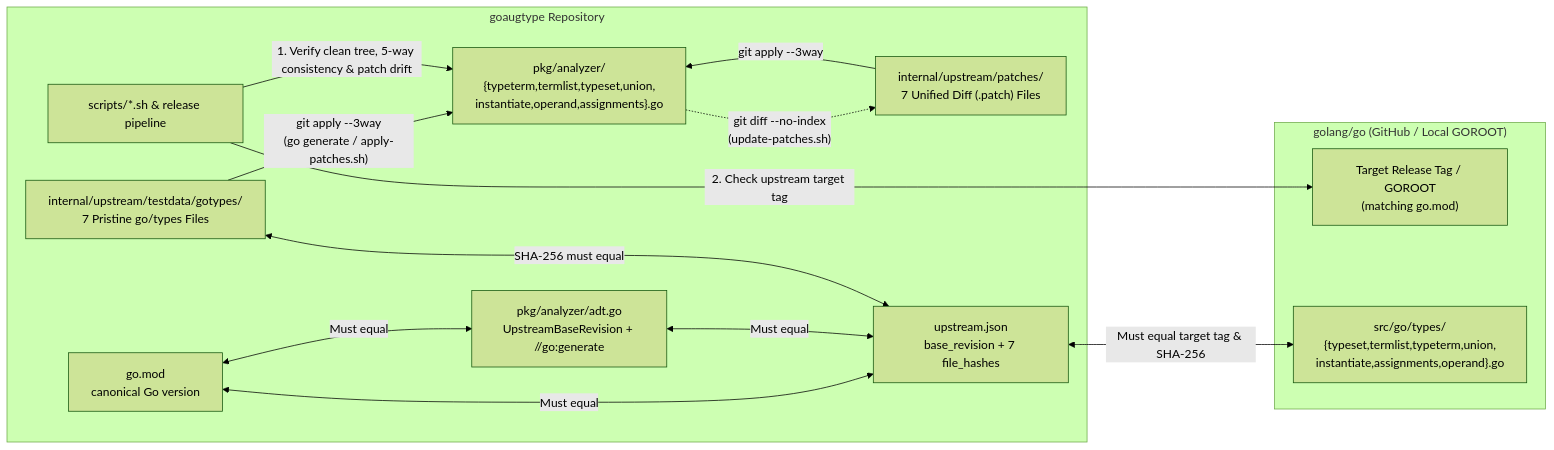
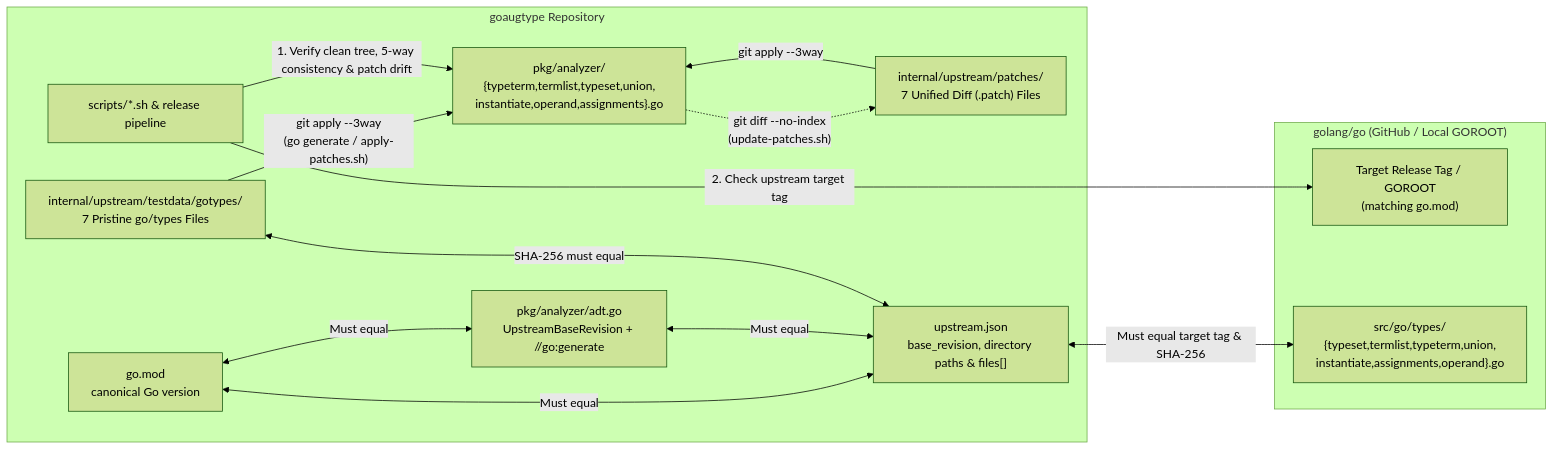
Before and after one commit to routis819/goaugtype: the seventh of 7 diagrams in docs/ARCHITECTURE.md, drawn with Mermaid (forest theme). The commit also changed 8 other files, not shown here.

Commit message:
refactor(upstreamchecker): move directory and patch mappings into upstream.json

````diff
--- a/docs/ARCHITECTURE.md
+++ b/docs/ARCHITECTURE.md
@@ -285,28 +285,28 @@
 ```mermaid
 flowchart LR
     subgraph Repo["goaugtype Repository"]
         GoMod["go.mod<br/>canonical Go version"]
         AdtConst["pkg/analyzer/adt.go<br/>UpstreamBaseRevision + //go:generate"]
         Snapshots["internal/upstream/testdata/gotypes/<br/>7 Pristine go/types Files"]
         Patches["internal/upstream/patches/<br/>7 Unified Diff (.patch) Files"]
         Ported["pkg/analyzer/<br/>{typeterm,termlist,typeset,union,<br/>instantiate,operand,assignments}.go"]
-        Config["upstream.json<br/>base_revision + 7 file_hashes"]
+        Config["upstream.json<br/>base_revision, directory paths & files[]"]
         ReleaseSh["scripts/*.sh & release pipeline"]
     end
 
     subgraph Upstream["golang/go (GitHub / Local GOROOT)"]
         Tags["Target Release Tag / GOROOT<br/>(matching go.mod)"]
         Files["src/go/types/<br/>{typeset,termlist,typeterm,union,<br/>instantiate,assignments,operand}.go"]
     end
 
     Snapshots -->|"git apply --3way<br/>(go generate / apply-patches.sh)"| Ported
     Patches -->|"git apply --3way"| Ported
     Ported -. "git diff --no-index<br/>(update-patches.sh)" .-> Patches
     ReleaseSh -->|"1. Verify clean tree, 5-way consistency & patch drift"| Ported
     GoMod <-->|"Must equal"| AdtConst
     GoMod <-->|"Must equal"| Config
     AdtConst <-->|"Must equal"| Config
     Snapshots <-->|"SHA-256 must equal"| Config
     Config <-->|"Must equal target tag & SHA-256"| Files
     ReleaseSh -->|"2. Check upstream target tag"| Tags
 ```
````
